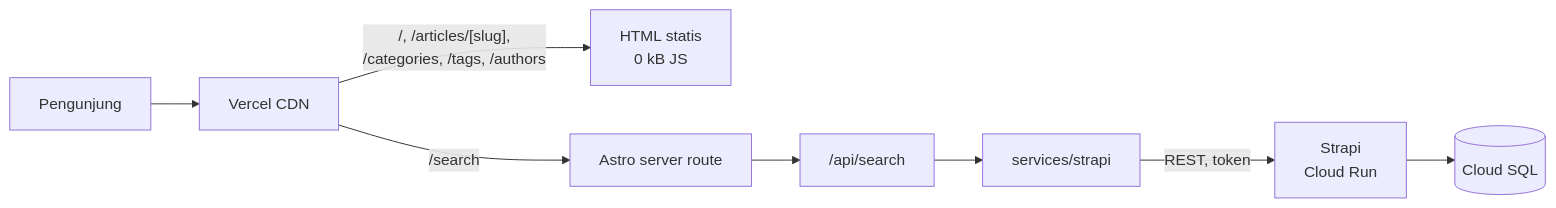
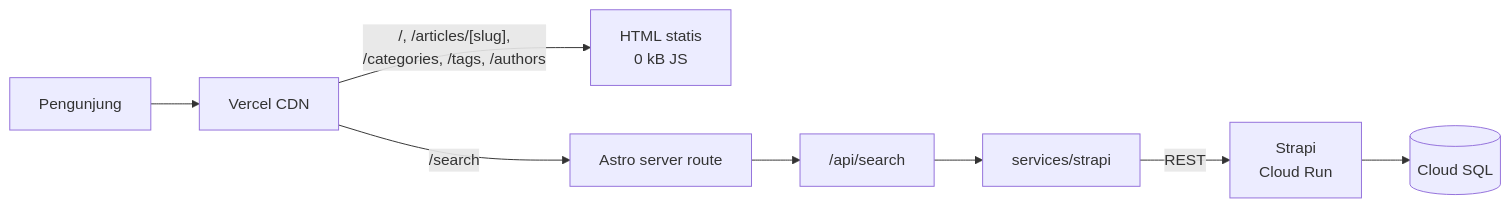
The second of 3 diagrams in docs/ARCHITECTURE.id.md (AnggaWikaNugraha/knowly-headless-cms), drawn with Mermaid before and after one commit. The commit also changed other lines of this file and 32 other files, not shown here.

````diff
--- a/docs/ARCHITECTURE.id.md
+++ b/docs/ARCHITECTURE.id.md
@@ -78,10 +78,10 @@
 ```mermaid
 flowchart LR
     U["Pengunjung"] --> CDN["Vercel CDN"]
     CDN -->|"/, /articles/[slug],<br/>/categories, /tags, /authors"| H["HTML statis<br/>0 kB JS"]
     CDN -->|"/search"| F["Astro server route"]
     F --> API["/api/search"]
     API --> SL["services/strapi"]
-    SL -->|"REST, token"| S["Strapi<br/>Cloud Run"]
+    SL -->|"REST"| S["Strapi<br/>Cloud Run"]
     S --> DB[("Cloud SQL")]
 ```
````
